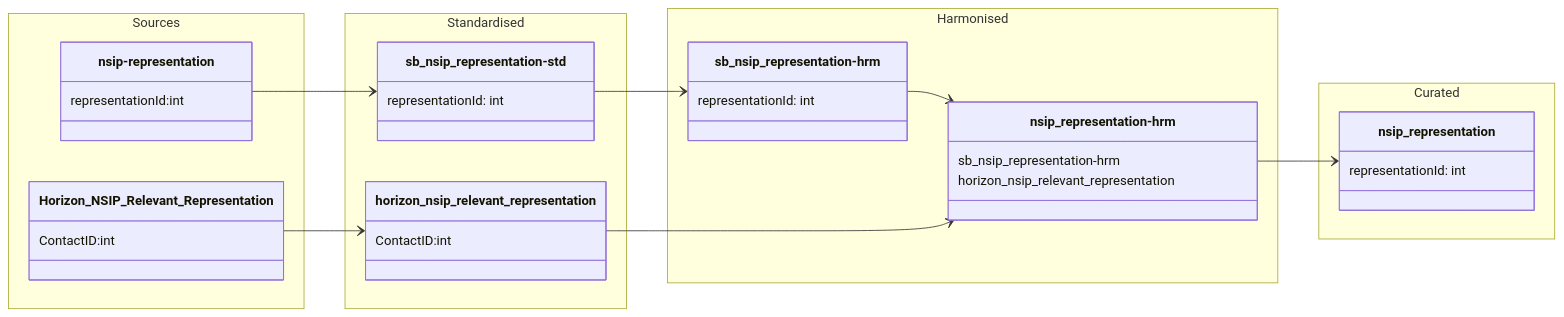
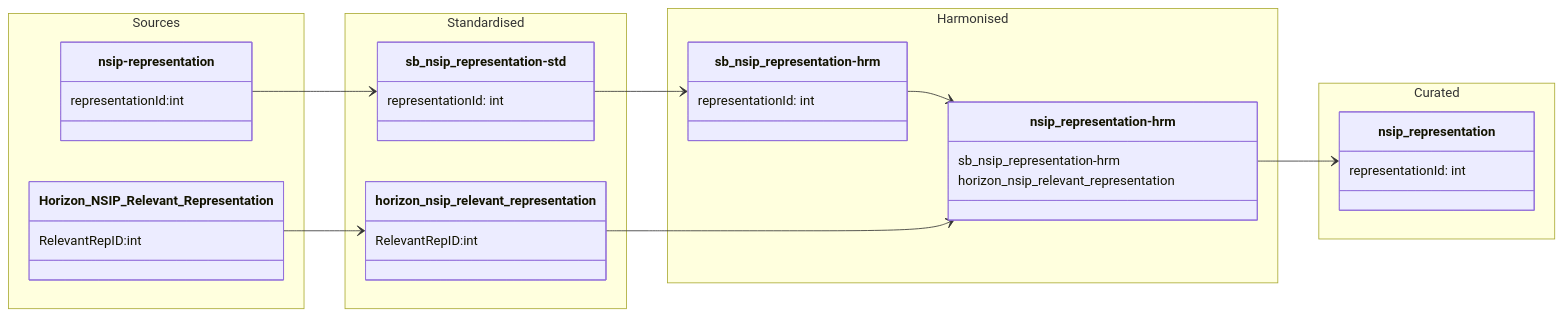
The diagram in data-models/nsip-representation.md (Planning-Inspectorate/odw-synapse-workspace), drawn with Mermaid before and after one commit. The commit also changed 14 other files, not shown here.

````diff
--- a/data-models/nsip-representation.md
+++ b/data-models/nsip-representation.md
@@ -7,61 +7,61 @@
 ```mermaid
 
 classDiagram
 
     direction LR
 
     namespace Sources {
 
         class Horizon_NSIP_Relevant_Representation {
-            ContactID:int
+            RelevantRepID:int
         }
 
         class nsip-representation{
             representationId:int
         }
 
 
     }
     
     namespace Standardised {
 
         class horizon_nsip_relevant_representation {
-             ContactID:int
+             RelevantRepID:int
         }
 
         class sb_nsip_representation-std {
             representationId: int
         }
 
     }
 
     namespace Harmonised {
 
         class nsip_representation-hrm {
             sb_nsip_representation-hrm 
             horizon_nsip_relevant_representation
         }
 
         class sb_nsip_representation-hrm {
             representationId: int
         }
     
     }
 
     namespace Curated {
 
         class nsip_representation {
             representationId: int
         }
     }
 
 
 `nsip-representation` --> `sb_nsip_representation-std`
 `sb_nsip_representation-std` --> `sb_nsip_representation-hrm`
 `sb_nsip_representation-hrm` --> `nsip_representation-hrm`
 `nsip_representation-hrm` --> `nsip_representation`
 
 `Horizon_NSIP_Relevant_Representation` --> `horizon_nsip_relevant_representation`
 `horizon_nsip_relevant_representation` --> `nsip_representation-hrm`
 
 ```
````
